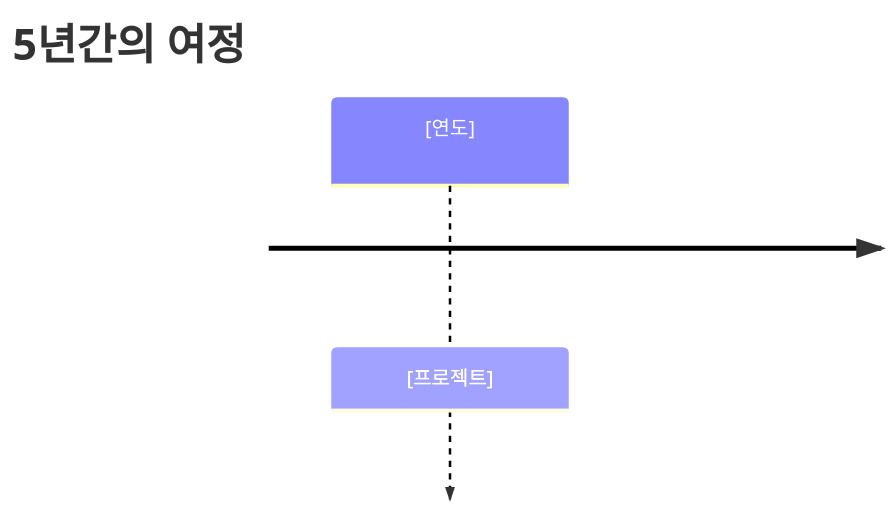
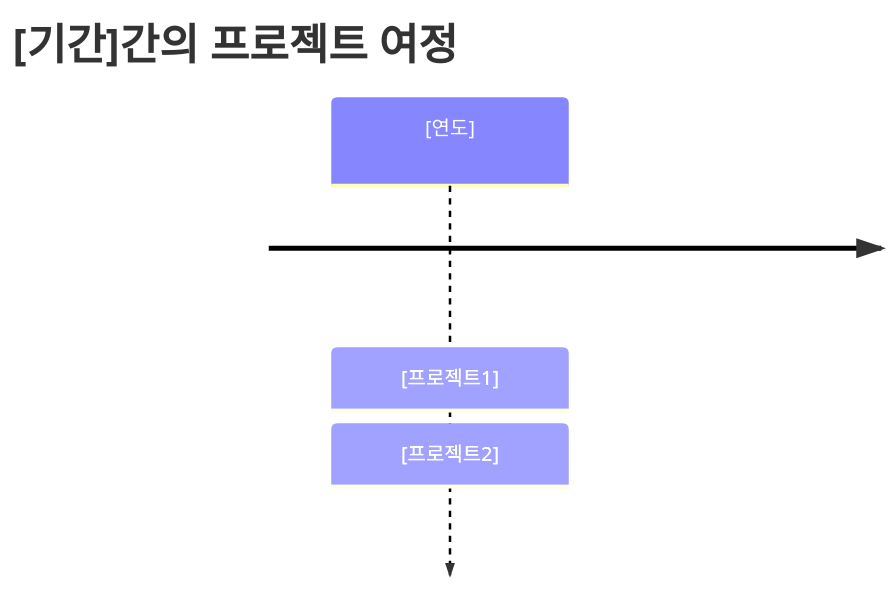
One commit to moobaek/Testing_AI_agents_for_public_use changed the fourth of 14 diagrams in portfolio/portfolio_docs/resume_generator/templates/Integrated_Portfolio_Structure_Template.md. Above: the diagram before and after it, drawn with Mermaid. The commit also changed other lines of this file and 38 other files, not shown here.

````diff
--- a/portfolio/portfolio_docs/resume_generator/templates/Integrated_Portfolio_Structure_Template.md
+++ b/portfolio/portfolio_docs/resume_generator/templates/Integrated_Portfolio_Structure_Template.md
@@ -120,5 +151,6 @@
 ```mermaid
 timeline
-    title 5년간의 여정
-    [연도] : [프로젝트]
+    title [기간]간의 프로젝트 여정
+    [연도] : [프로젝트1]
+         : [프로젝트2]
 ```
````
